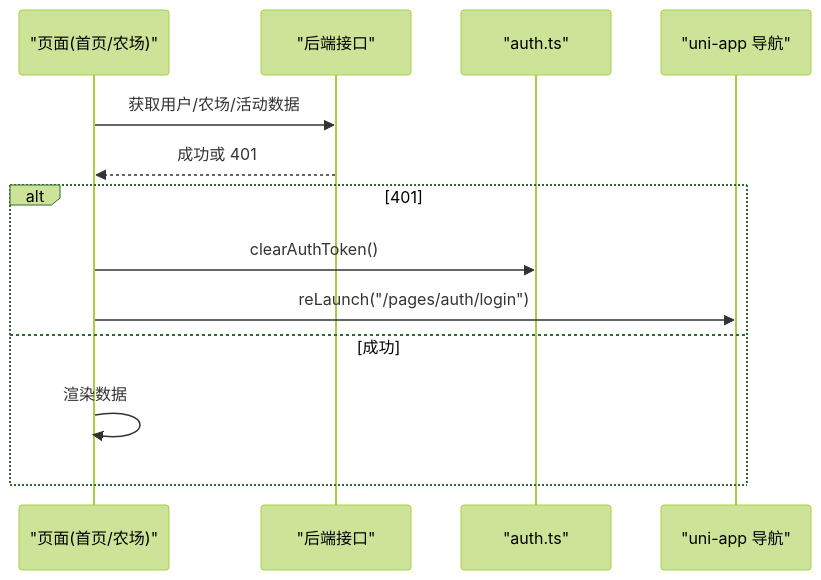
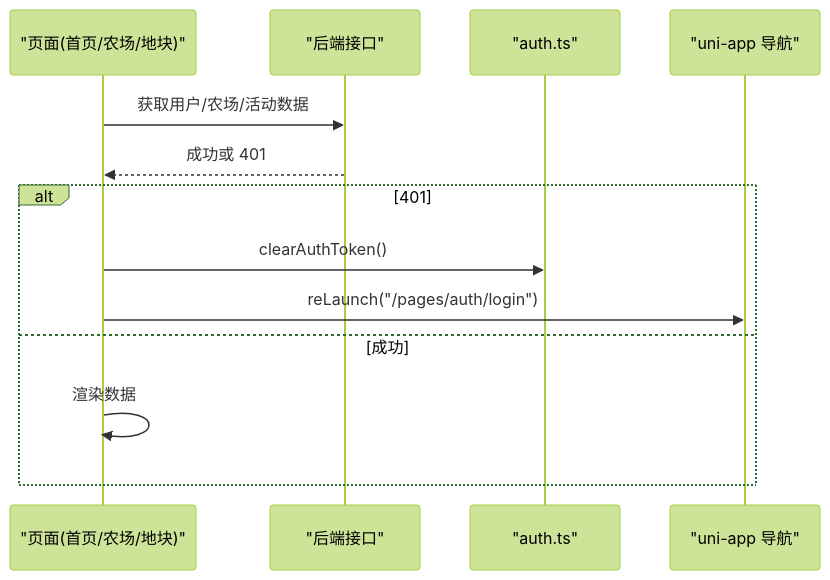
Before and after one commit to wungjyan/pocket-farm: the sixth of 7 diagrams in .qoder/repowiki/zh/content/系统架构/前端架构/路由导航.md, drawn with Mermaid (forest theme). The commit also changed other lines of this file and 198 other files, not shown here.

````diff
--- a/.qoder/repowiki/zh/content/系统架构/前端架构/路由导航.md
+++ b/.qoder/repowiki/zh/content/系统架构/前端架构/路由导航.md
@@ -195,15 +237,15 @@
 ```mermaid
 sequenceDiagram
-participant Page as "页面(首页/农场)"
+participant Page as "页面(首页/农场/地块)"
 participant API as "后端接口"
 participant Auth as "auth.ts"
 participant Nav as "uni-app 导航"
 Page->>API : 获取用户/农场/活动数据
 API-->>Page : 成功或 401
 alt 401
 Page->>Auth : clearAuthToken()
 Page->>Nav : reLaunch("/pages/auth/login")
 else 成功
 Page->>Page : 渲染数据
 end
 ```
````
